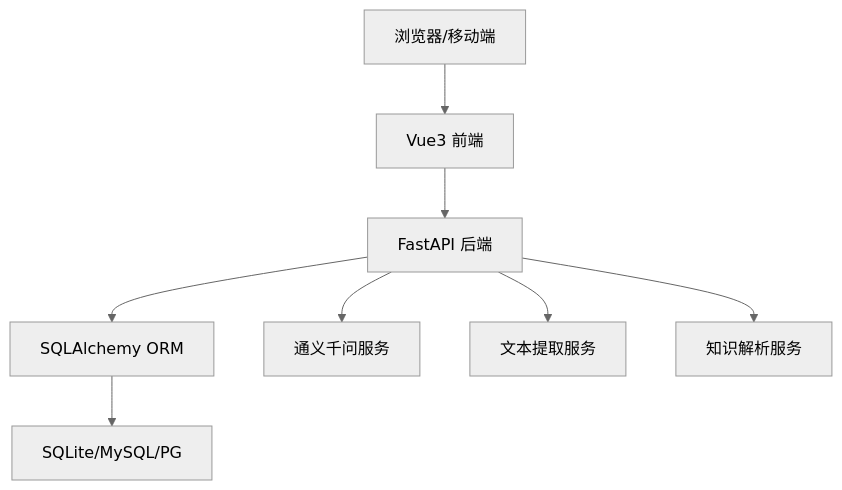
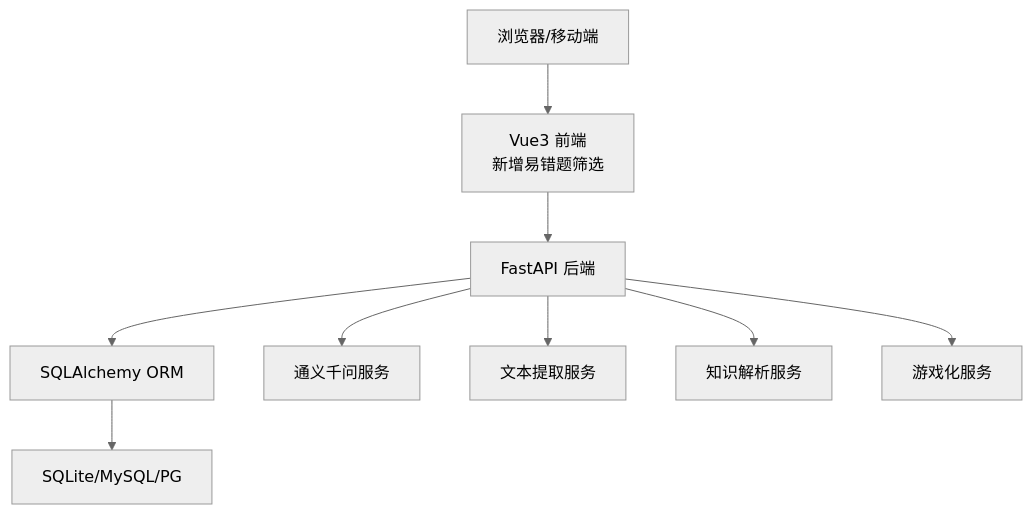
One commit to zhiwenli-jack/personal-learning-manager changed the second of 7 diagrams in .qoder/repowiki/zh/content/核心功能模块/错题管理系统.md. Above: the diagram before and after it, drawn with Mermaid (neutral theme). The commit also changed other lines of this file and 12 other files, not shown here.

````diff
--- a/.qoder/repowiki/zh/content/核心功能模块/错题管理系统.md
+++ b/.qoder/repowiki/zh/content/核心功能模块/错题管理系统.md
@@ -144,10 +152,11 @@
 ```mermaid
 graph TB
-Client["浏览器/移动端"] --> Frontend["Vue3 前端"]
+Client["浏览器/移动端"] --> Frontend["Vue3 前端<br/>新增易错题筛选"]
 Frontend --> FastAPI["FastAPI 后端"]
 FastAPI --> DB["SQLAlchemy ORM"]
 FastAPI --> Qwen["通义千问服务"]
 FastAPI --> Extractor["文本提取服务"]
 FastAPI --> Knowledge["知识解析服务"]
+FastAPI --> Gamification["游戏化服务"]
 DB --> SQLite["SQLite/MySQL/PG"]
 ```
````
